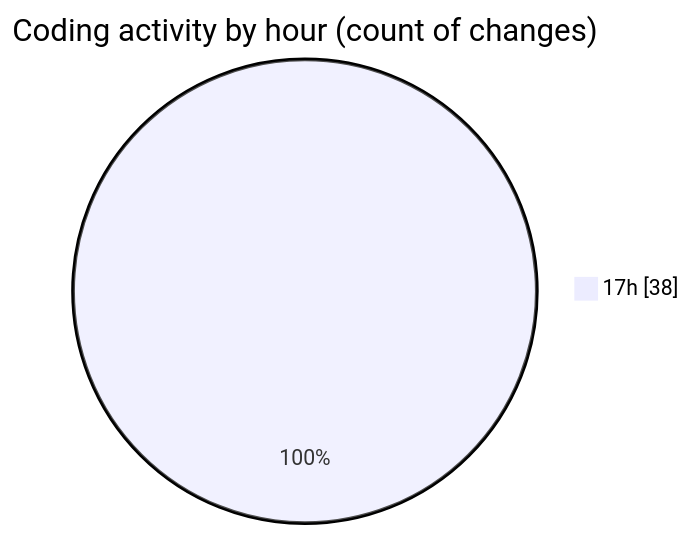
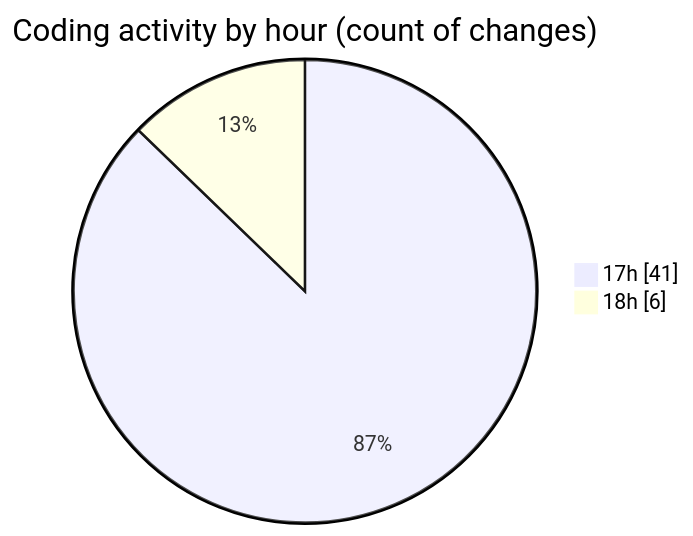
The second of 2 diagrams in 2025-03-20/cda/README.md (momahboobian/code-tracking), drawn with Mermaid before and after one commit. The commit also changed other lines of this file and 1 other file, not shown here.

````diff
--- a/2025-03-20/cda/README.md
+++ b/2025-03-20/cda/README.md
@@ -30,5 +30,6 @@
 ```mermaid
 pie showData
 title Coding activity by hour (count of changes)
-"17h" : 38
+"17h" : 41
+"18h" : 6
 ```
````
